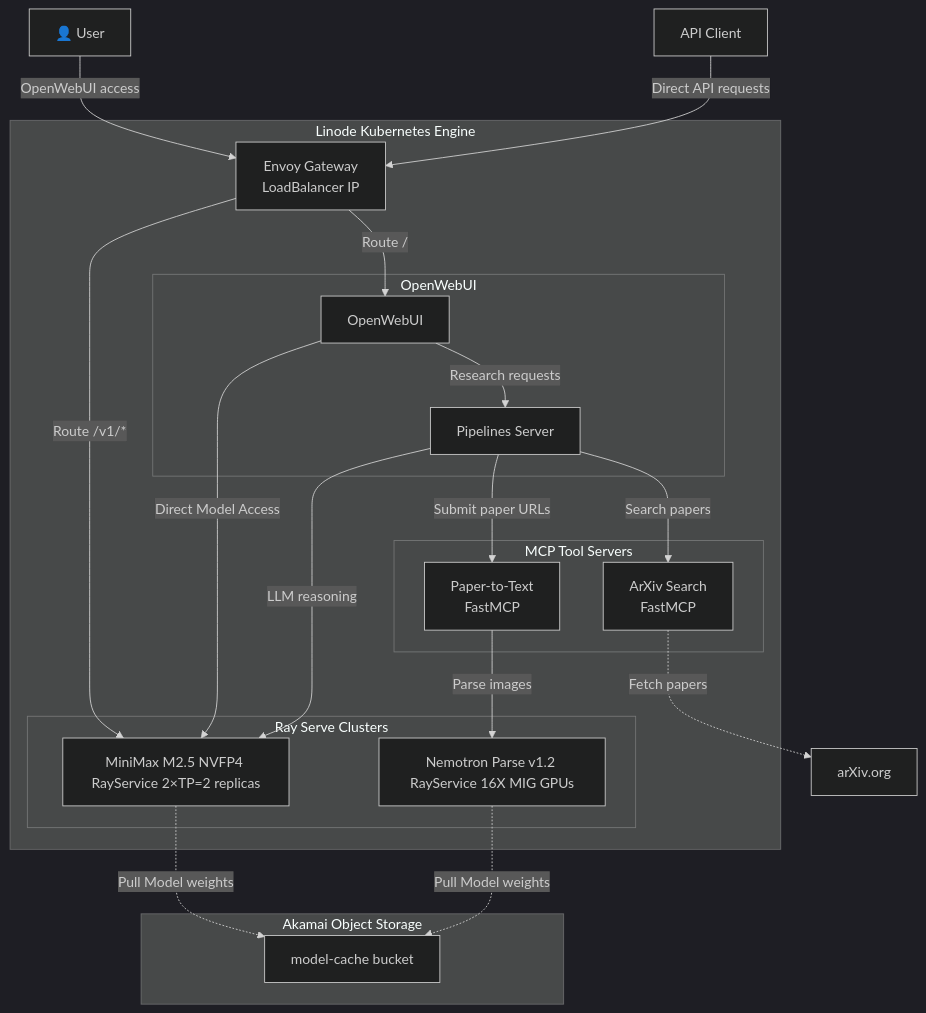
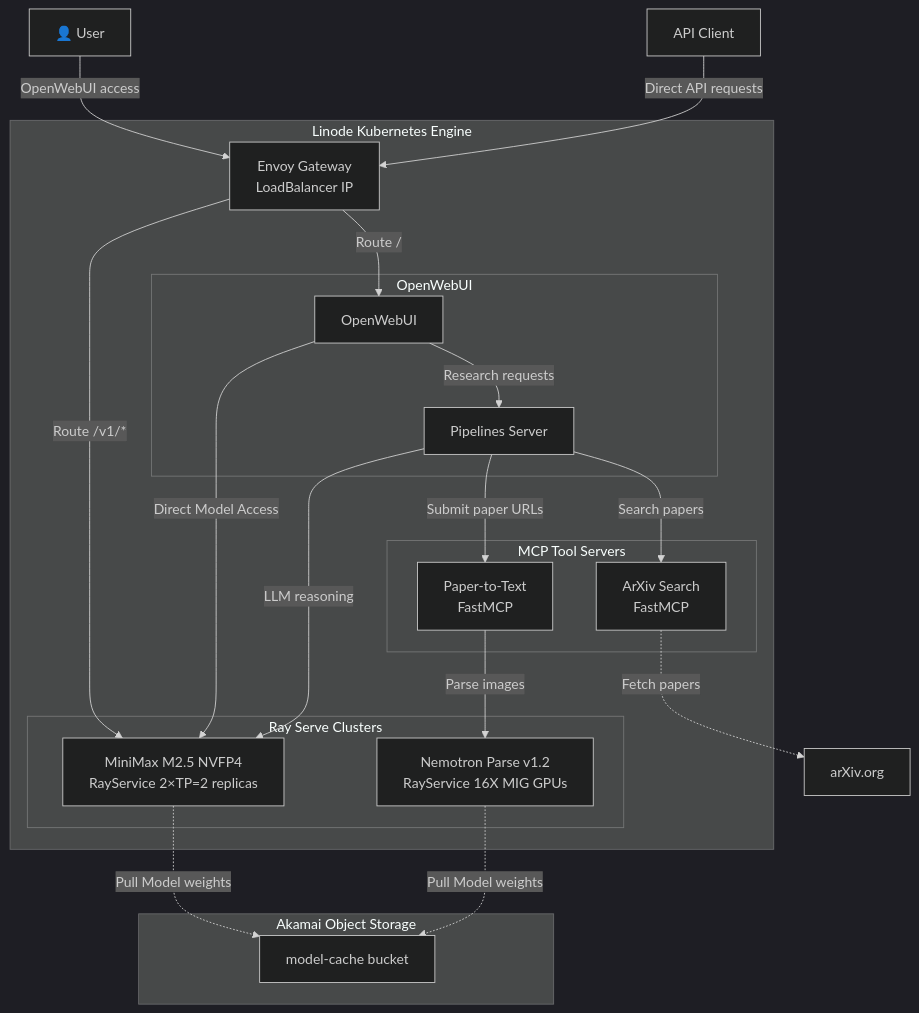
One commit to akamai-developers/multimodal-kuberay changed the first of 3 diagrams in README.md. Above: the diagram before and after it, drawn with Mermaid (dark theme). The commit also changed other lines of this file and 6 other files, not shown here.

````diff
--- a/README.md
+++ b/README.md
@@ -44,46 +44,46 @@
 ```mermaid
 ---
 config:
   flowchart:
 ---
 graph TB
     User["👤 User"]
     API["API Client"]
     subgraph KubernetesCluster["Linode Kubernetes Engine"]
         GW["Envoy Gateway<br/>LoadBalancer IP"]
         
         subgraph OpenWebUI
             WebUI["OpenWebUI"]
             Pipelines["Pipelines Server"]
         end
 
 
         subgraph MCPServers["MCP Tool Servers"]
             ArXiv["ArXiv Search<br/>FastMCP"]
             PaperOCR["Paper-to-Text<br/>FastMCP"]
         end
 
         subgraph Ray["Ray Serve Clusters"]
-            MinimaxService[MiniMax M2.5 NVFP4 RayService 2×TP=2 replicas]
-            NemotronService[Nemotron Parse v1.2 RayService 16X MIG GPUs]
+            MinimaxService[MiniMax M2.5 NVFP4 <br> RayService 2×TP=2 replicas]
+            NemotronService[Nemotron Parse v1.2 <br> RayService 16X MIG GPUs]
         end
     end
     
     subgraph Storage["Akamai Object Storage"]
         ObjStore["model-cache bucket"]
     end
 
     User -->|OpenWebUI access| GW
     API -->|Direct API requests| GW
     WebUI -->|Research requests| Pipelines
     GW -->|Route /v1/*| MinimaxService
     WebUI -->|Direct Model Access| MinimaxService
     GW -->|Route /| WebUI
     Pipelines -->|Search papers| ArXiv
     Pipelines -->|Submit paper URLs| PaperOCR
     PaperOCR -->|Parse images| NemotronService
     Pipelines -->|LLM reasoning| MinimaxService
     ArXiv -.->|Fetch papers| ExternalArXiv["arXiv.org"]
     MinimaxService -.->|Pull Model weights| ObjStore
     NemotronService -.->|Pull Model weights| ObjStore
 ```
````
